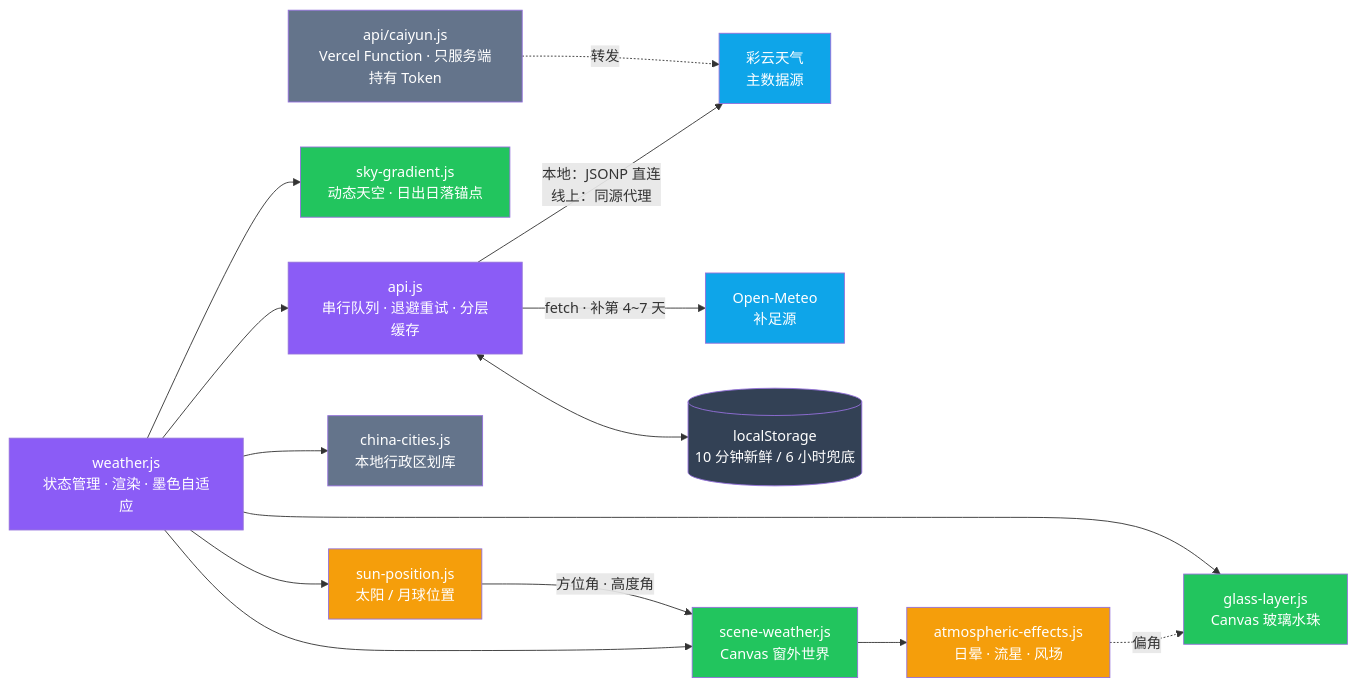
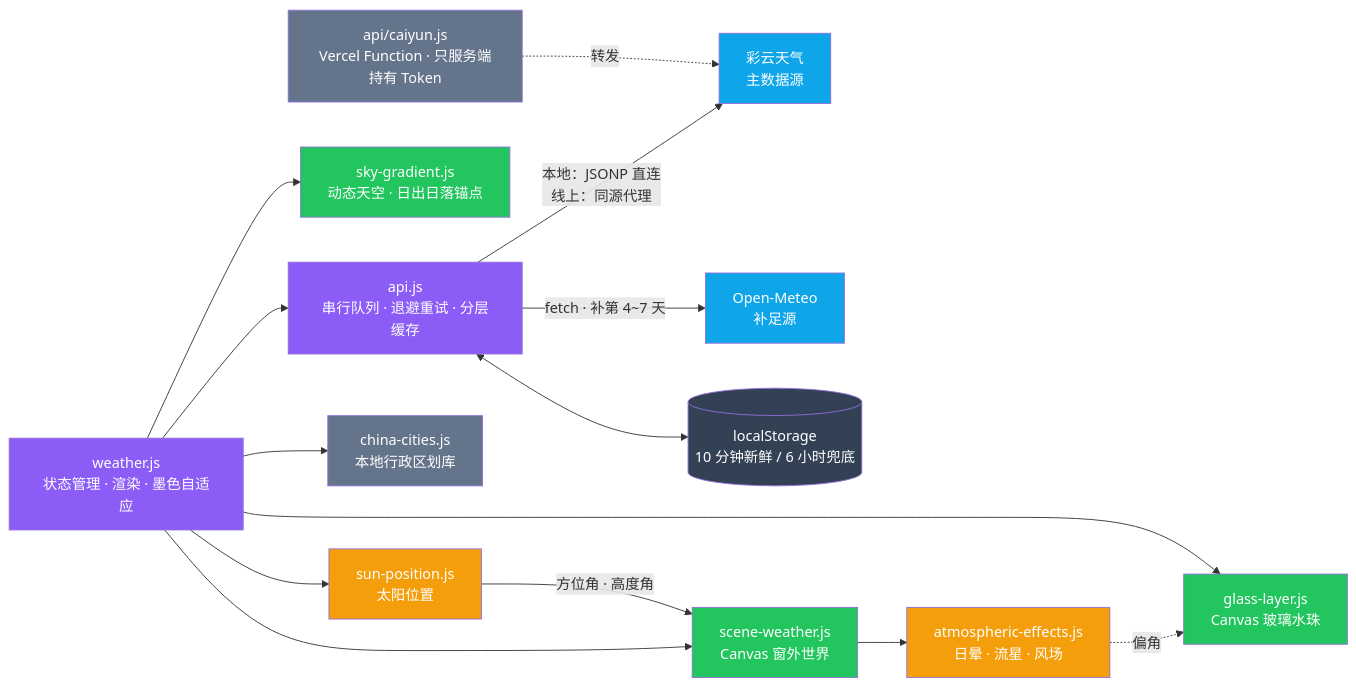
The diagram in README.md (abobb414/AeroWeather), drawn with Mermaid before and after one commit. The commit also changed other lines of this file and 12 other files, not shown here.

````diff
--- a/README.md
+++ b/README.md
@@ -149,29 +149,29 @@
 ```mermaid
 flowchart LR
     A["weather.js<br/>状态管理 · 渲染 · 墨色自适应"] --> B["api.js<br/>串行队列 · 退避重试 · 分层缓存"]
     B -->|"本地：JSONP 直连<br/>线上：同源代理"| C["彩云天气<br/>主数据源"]
     B -->|"fetch · 补第 4~7 天"| D["Open-Meteo<br/>补足源"]
     B <--> E[("localStorage<br/>10 分钟新鲜 / 6 小时兜底")]
     A --> F["sky-gradient.js<br/>动态天空 · 日出日落锚点"]
-    A --> K["sun-position.js<br/>太阳 / 月球位置"]
+    A --> K["sun-position.js<br/>太阳位置"]
     A --> G["scene-weather.js<br/>Canvas 窗外世界"]
     K -->|"方位角 · 高度角"| G
     G --> G3["atmospheric-effects.js<br/>日晕 · 流星 · 风场"]
     G3 -.->|"偏角"| H
     A --> H["glass-layer.js<br/>Canvas 玻璃水珠"]
     A --> I["china-cities.js<br/>本地行政区划库"]
     J["api/caiyun.js<br/>Vercel Function · 只服务端持有 Token"] -.->|"转发"| C
 
     style A fill:#8b5cf6,color:#fff
     style B fill:#8b5cf6,color:#fff
     style C fill:#0ea5e9,color:#fff
     style D fill:#0ea5e9,color:#fff
     style E fill:#334155,color:#fff
     style F fill:#22c55e,color:#fff
     style K fill:#f59e0b,color:#fff
     style G fill:#22c55e,color:#fff
     style G3 fill:#f59e0b,color:#fff
     style H fill:#22c55e,color:#fff
     style I fill:#64748b,color:#fff
     style J fill:#64748b,color:#fff
 ```
````
